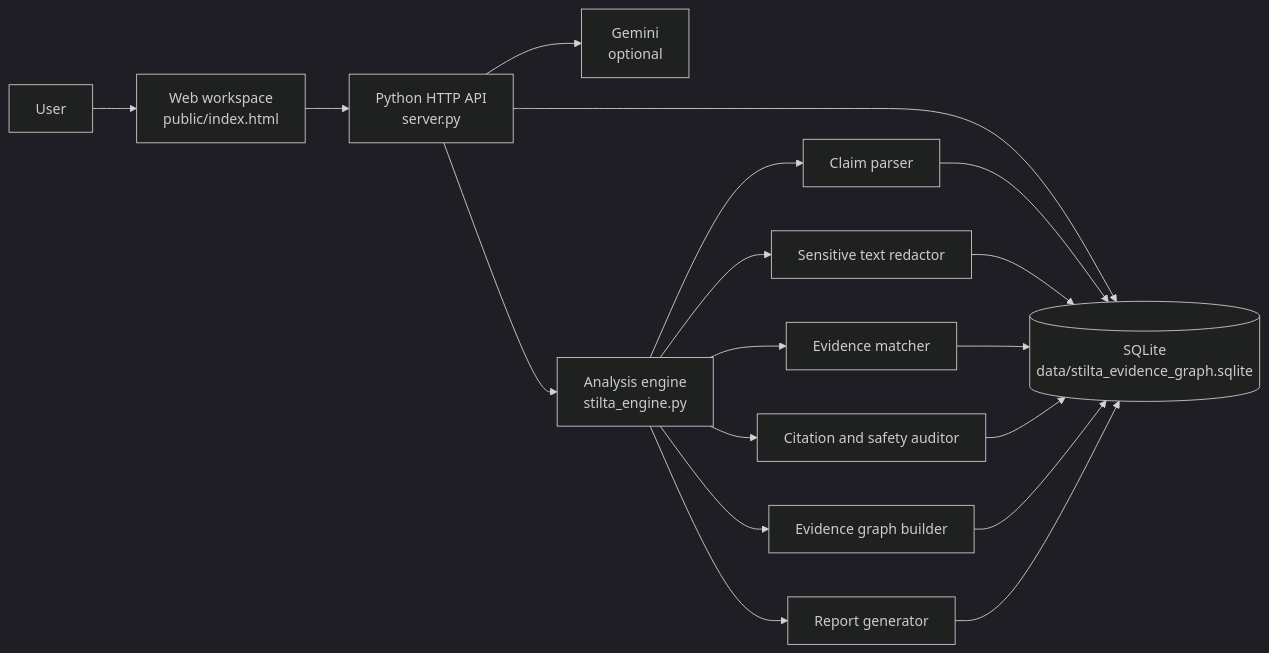
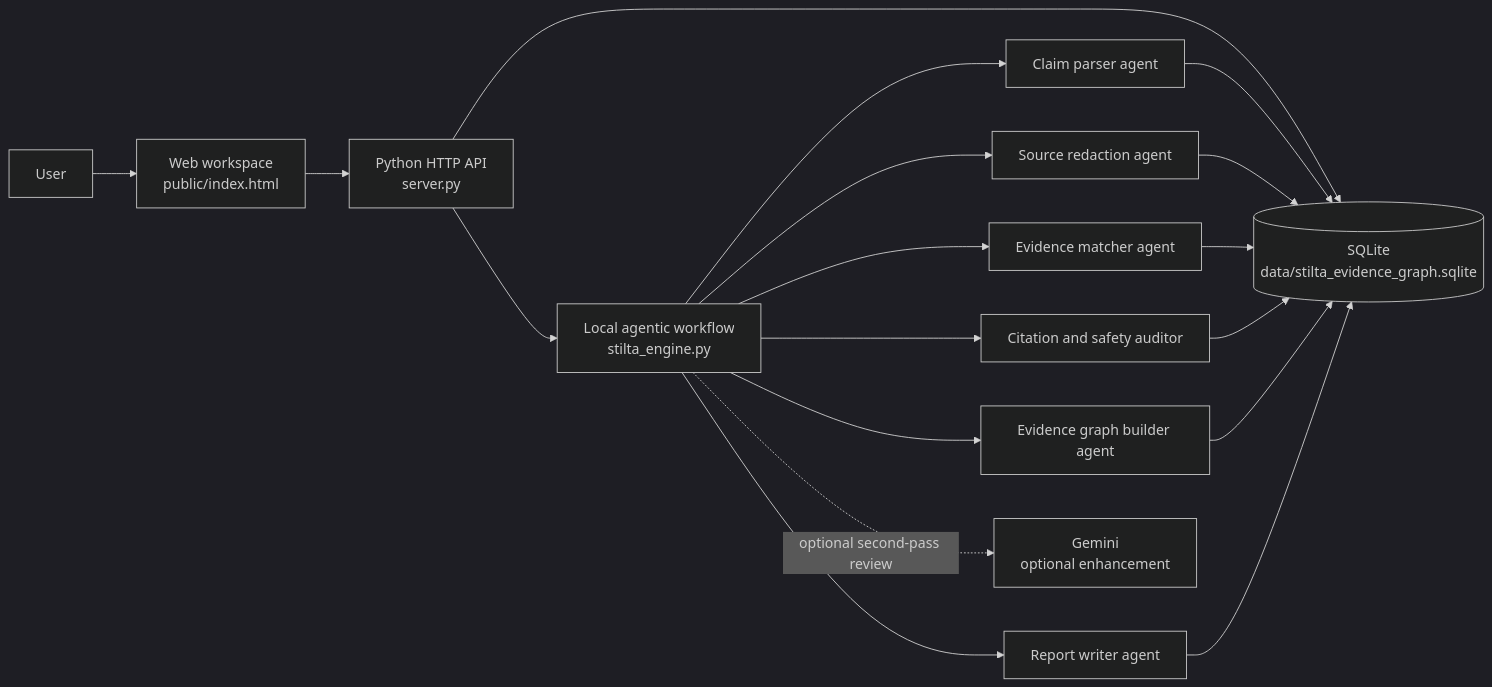
The first of 4 diagrams in README.md (mrumer-yk/stilta_demo), drawn with Mermaid (dark theme) before and after one commit. The commit also changed other lines of this file, not shown here.

Commit message:
Update README diagrams for agentic workflow

````diff
--- a/README.md
+++ b/README.md
@@ -92,22 +92,22 @@
 ```mermaid
 flowchart LR
     User["User"] --> UI["Web workspace<br/>public/index.html"]
     UI --> API["Python HTTP API<br/>server.py"]
     API --> DB[("SQLite<br/>data/stilta_evidence_graph.sqlite")]
-    API --> Gemini["Gemini<br/>optional"]
-    API --> Engine["Analysis engine<br/>stilta_engine.py"]
+    API --> Workflow["Local agentic workflow<br/>stilta_engine.py"]
 
-    Engine --> Parser["Claim parser"]
-    Engine --> Redactor["Sensitive text redactor"]
-    Engine --> Matcher["Evidence matcher"]
-    Engine --> Auditor["Citation and safety auditor"]
-    Engine --> Graph["Evidence graph builder"]
-    Engine --> Report["Report generator"]
+    Workflow --> Parser["Claim parser agent"]
+    Workflow --> Redactor["Source redaction agent"]
+    Workflow --> Matcher["Evidence matcher agent"]
+    Workflow --> Auditor["Citation and safety auditor"]
+    Workflow --> Graph["Evidence graph builder agent"]
+    Workflow --> Report["Report writer agent"]
+    Workflow -. "optional second-pass review" .-> Gemini["Gemini<br/>optional enhancement"]
 
     Parser --> DB
     Redactor --> DB
     Matcher --> DB
     Auditor --> DB
     Graph --> DB
     Report --> DB
 ```
````
